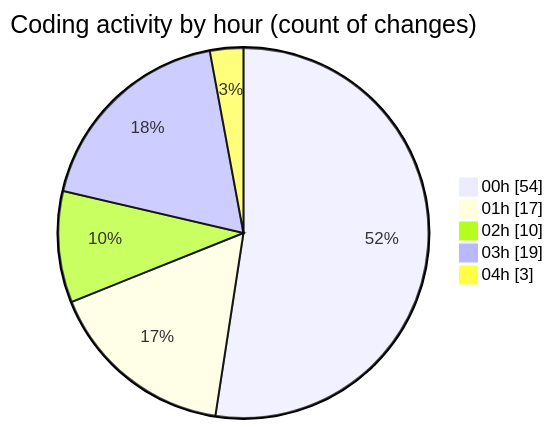
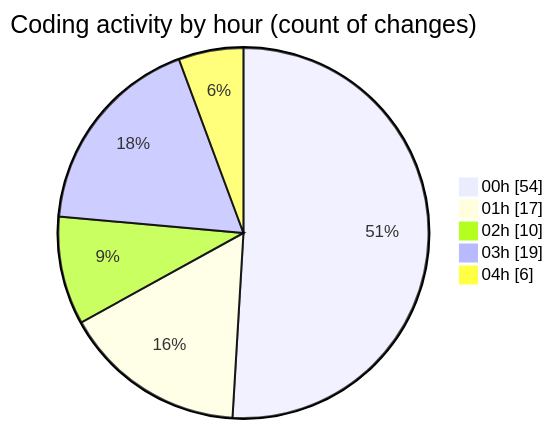
Before and after one commit to lephambinh05/code-tracking: the second of 2 diagrams in 2025-07-26/quanlyrapchieuphim-1/README.md, drawn with Mermaid. The commit also changed other lines of this file and 1 other file, not shown here.

````diff
--- a/2025-07-26/quanlyrapchieuphim-1/README.md
+++ b/2025-07-26/quanlyrapchieuphim-1/README.md
@@ -36,9 +36,9 @@
 ```mermaid
 pie showData
 title Coding activity by hour (count of changes)
 "00h" : 54
 "01h" : 17
 "02h" : 10
 "03h" : 19
-"04h" : 3
+"04h" : 6
 ```
````
